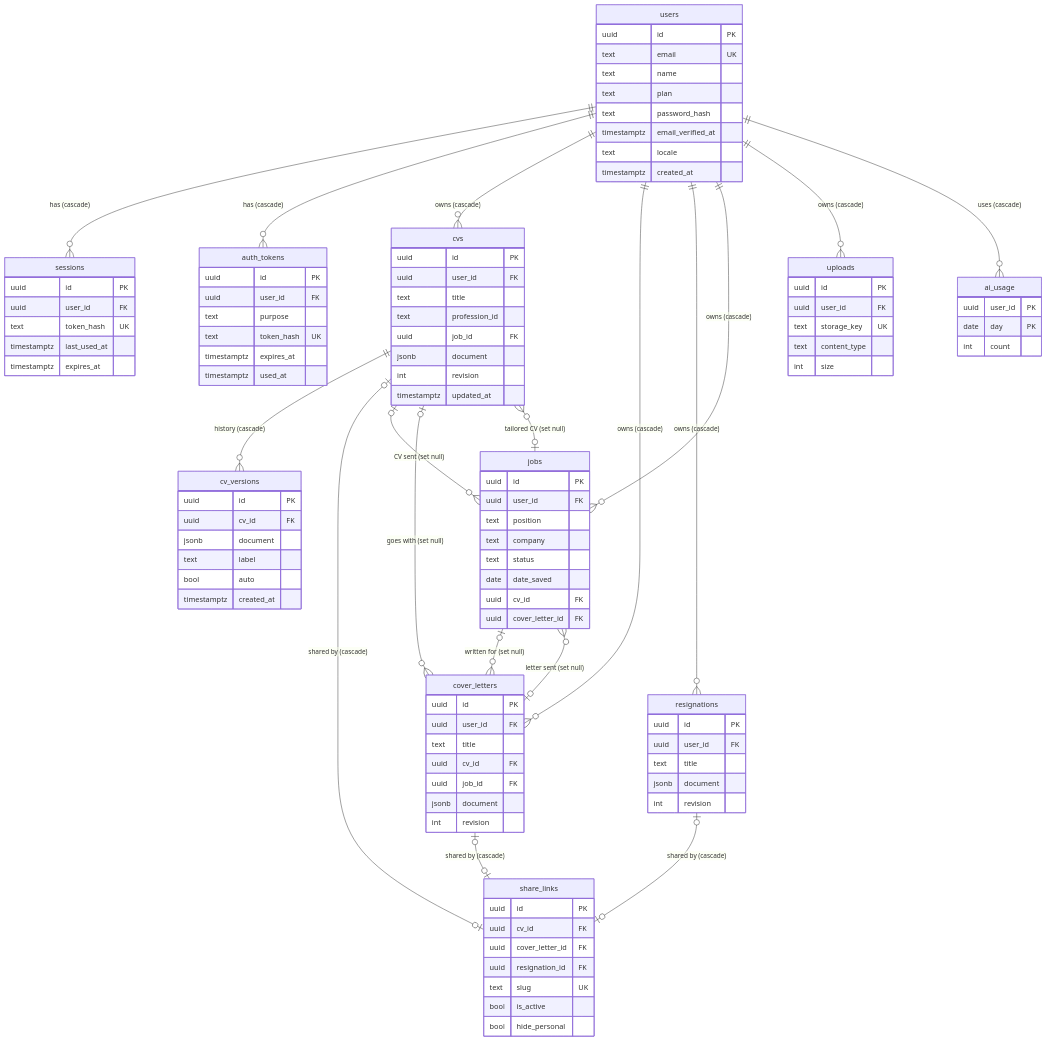
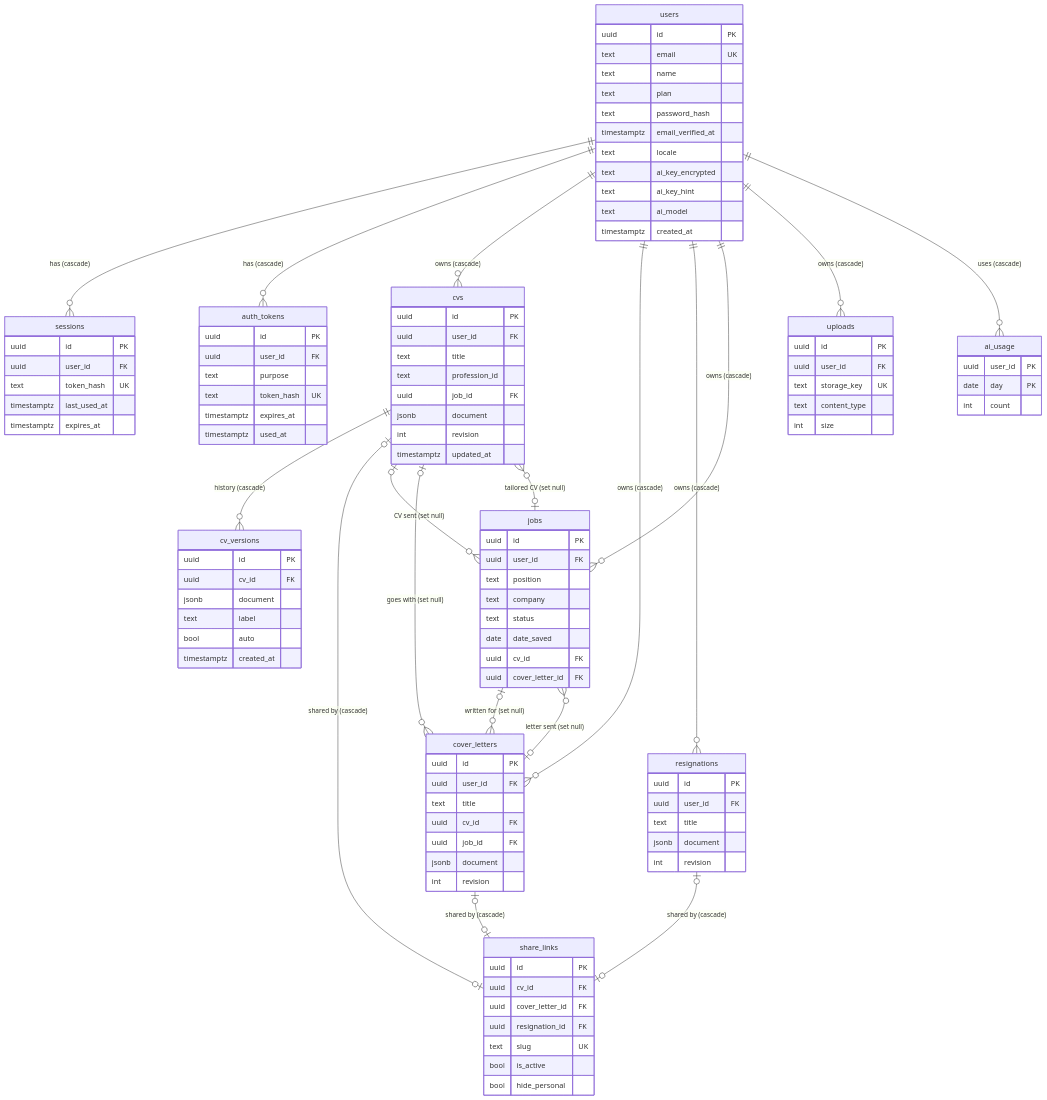
Before and after one commit to georgi4334/CV_generator: the diagram in docs/data-model.md, drawn with Mermaid. The commit also changed other lines of this file and 41 other files, not shown here.

```diff
--- a/docs/data-model.md
+++ b/docs/data-model.md
@@ -82,6 +82,9 @@
     text password_hash
     timestamptz email_verified_at
     text locale
+    text ai_key_encrypted
+    text ai_key_hint
+    text ai_model
     timestamptz created_at
   }
   sessions {
```
